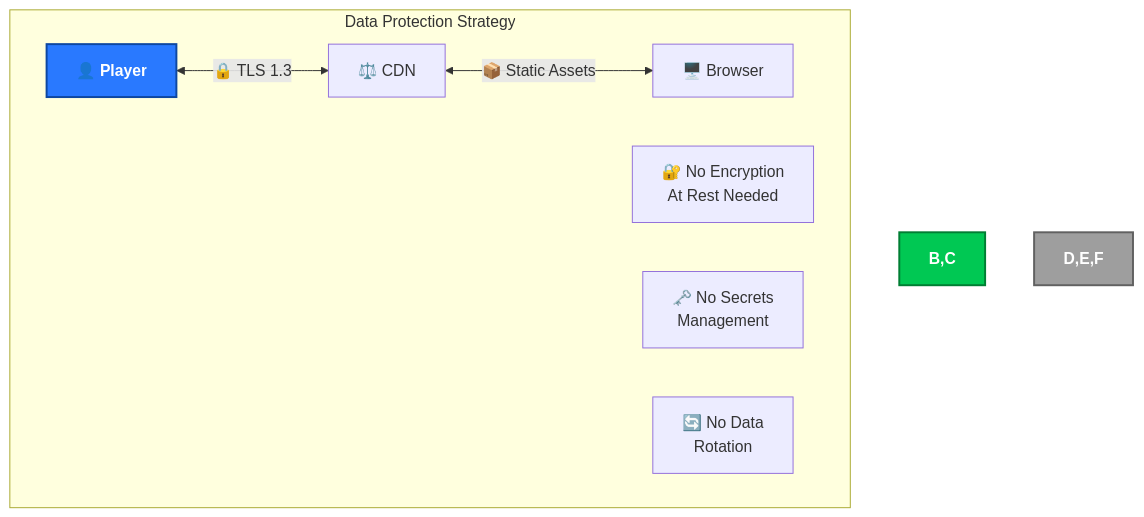
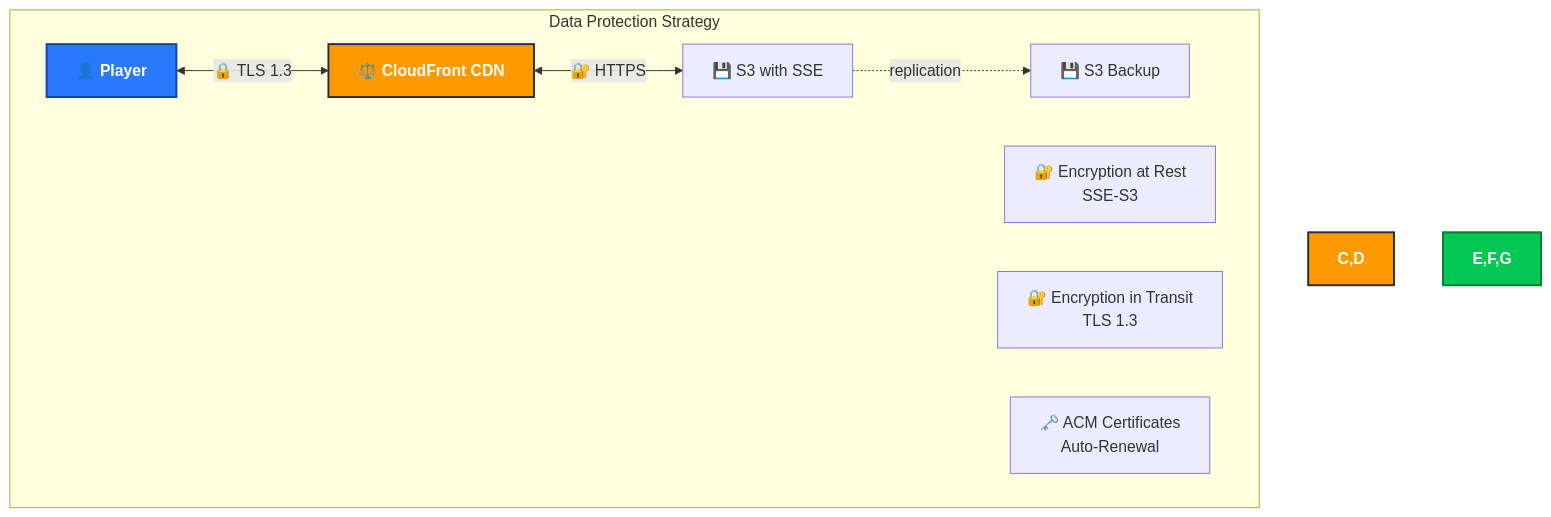
Before and after one commit to Hack23/blacktrigram: the ninth of 22 diagrams in docs/api/media/SECURITY_ARCHITECTURE.md, drawn with Mermaid. The commit also changed other lines of this file and 1932 other files, not shown here.

````diff
--- a/docs/api/media/SECURITY_ARCHITECTURE.md
+++ b/docs/api/media/SECURITY_ARCHITECTURE.md
@@ -402,15 +440,17 @@
 ```mermaid
 flowchart TD
     subgraph "Data Protection Strategy"
-        A[👤 Player] <-->|"🔒 TLS 1.3"| B[⚖️ CDN]
-        B <-->|"📦 Static Assets"| C[🖥️ Browser]
-
-        D[🔐 No Encryption<br/>At Rest Needed]
-        E[🗝️ No Secrets<br/>Management]
-        F[🔄 No Data<br/>Rotation]
+        A[👤 Player] <-->|"🔒 TLS 1.3"| B[⚖️ CloudFront CDN]
+        B <-->|"🔐 HTTPS"| C[💾 S3 with SSE]
+        C -.replication.-> D[💾 S3 Backup]
+        
+        E[🔐 Encryption at Rest<br/>SSE-S3]
+        F[🔐 Encryption in Transit<br/>TLS 1.3]
+        G[🗝️ ACM Certificates<br/>Auto-Renewal]
     end
 
     style A fill:#2979FF,stroke:#0D47A1,stroke-width:2px,color:white,font-weight:bold
-    style B,C fill:#00C853,stroke:#007E33,stroke-width:2px,color:white,font-weight:bold
-    style D,E,F fill:#9E9E9E,stroke:#616161,stroke-width:2px,color:white,font-weight:bold
+    style B fill:#FF9900,stroke:#232F3E,stroke-width:2px,color:white,font-weight:bold
+    style C,D fill:#FF9900,stroke:#232F3E,stroke-width:2px,color:white,font-weight:bold
+    style E,F,G fill:#00C853,stroke:#007E33,stroke-width:2px,color:white,font-weight:bold
 ```
````
